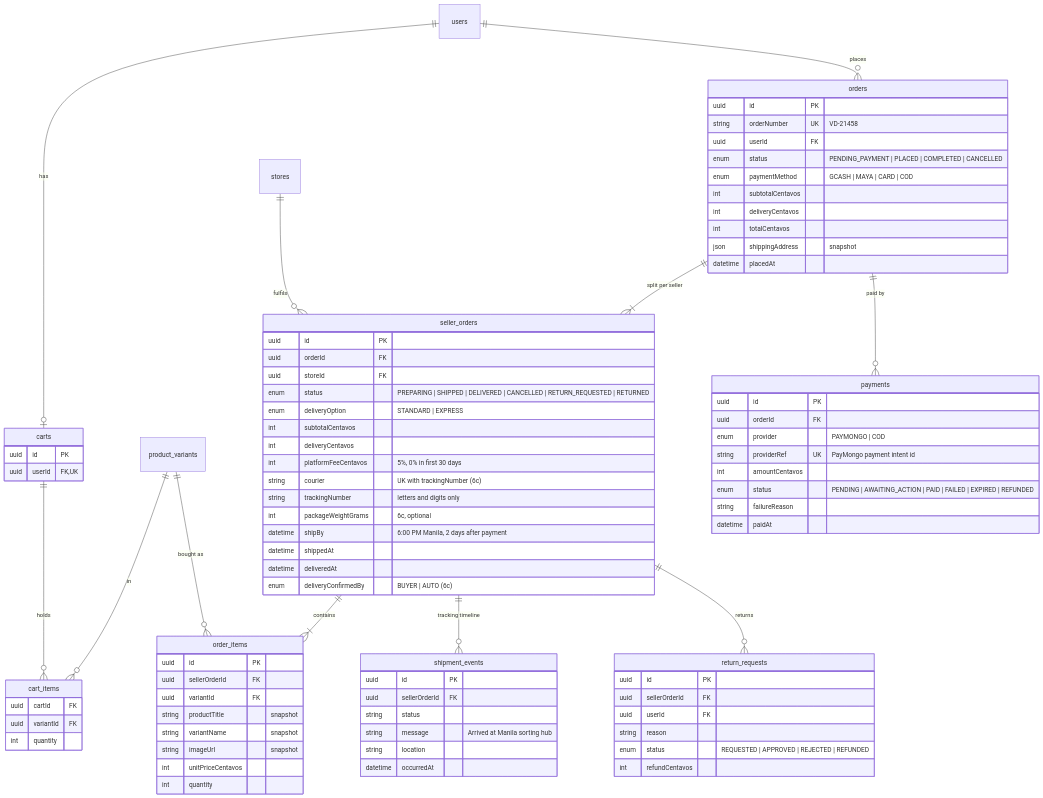
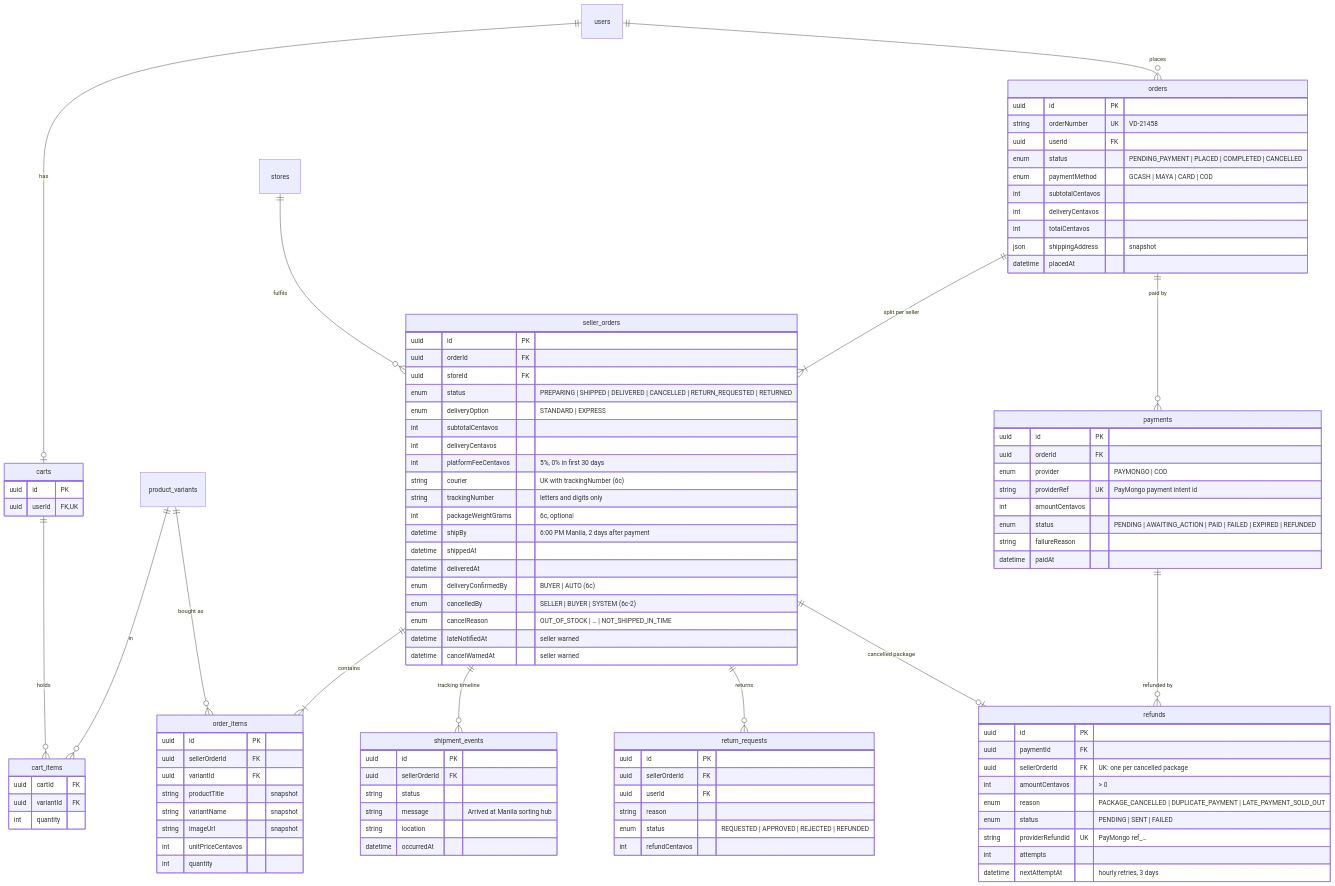
One commit to Justin-25/E-commerce-FullStack-project changed the fourth of 5 diagrams in backend/docs/database-design.md. Above: the diagram before and after it, drawn with Mermaid. The commit also changed other lines of this file and 26 other files, not shown here.

First line of the commit message:
Add order cancellations and refunds with retries (milestone 6c-2)

```diff
--- a/backend/docs/database-design.md
+++ b/backend/docs/database-design.md
@@ -291,6 +291,8 @@
   seller_orders ||--o{ shipment_events : "tracking timeline"
   orders ||--o{ payments : "paid by"
   seller_orders ||--o{ return_requests : "returns"
+  payments ||--o{ refunds : "refunded by"
+  seller_orders ||--o| refunds : "cancelled package"
   carts {
     uuid id PK
     uuid userId FK,UK
@@ -328,6 +330,10 @@
     datetime shippedAt
     datetime deliveredAt
     enum deliveryConfirmedBy "BUYER | AUTO (6c)"
+    enum cancelledBy "SELLER | BUYER | SYSTEM (6c-2)"
+    enum cancelReason "OUT_OF_STOCK | … | NOT_SHIPPED_IN_TIME"
+    datetime lateNotifiedAt "seller warned"
+    datetime cancelWarnedAt "seller warned"
   }
   order_items {
     uuid id PK
@@ -357,6 +363,17 @@
     string failureReason
     datetime paidAt
   }
+  refunds {
+    uuid id PK
+    uuid paymentId FK
+    uuid sellerOrderId FK "UK: one per cancelled package"
+    int amountCentavos "> 0"
+    enum reason "PACKAGE_CANCELLED | DUPLICATE_PAYMENT | LATE_PAYMENT_SOLD_OUT"
+    enum status "PENDING | SENT | FAILED"
+    string providerRefundId UK "PayMongo ref_…"
+    int attempts
+    datetime nextAttemptAt "hourly retries, 3 days"
+  }
   return_requests {
     uuid id PK
     uuid sellerOrderId FK
```
